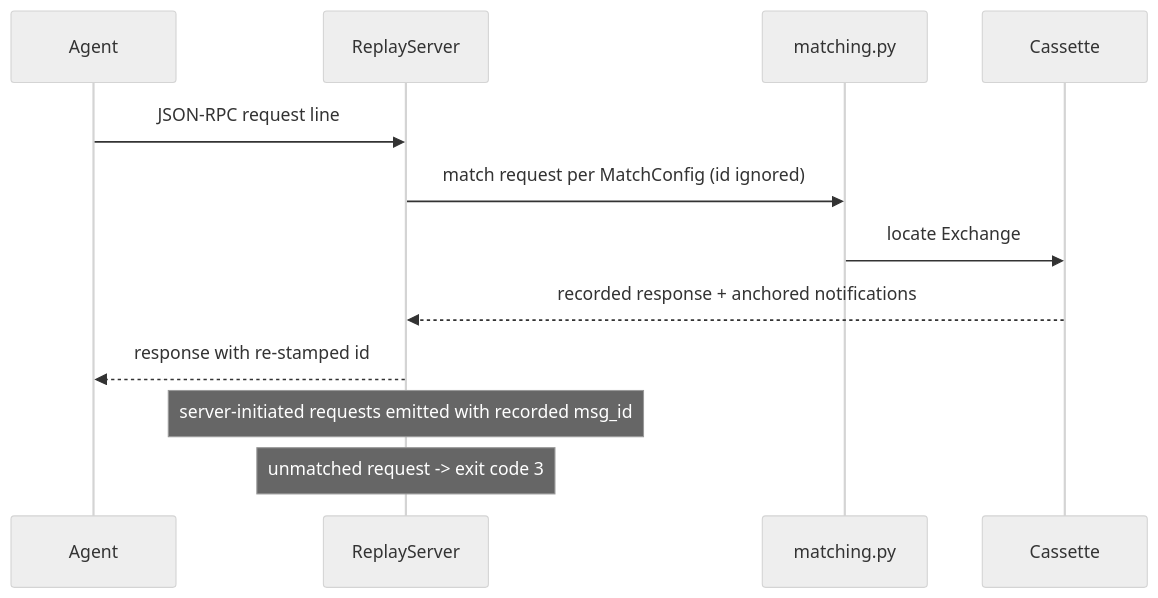
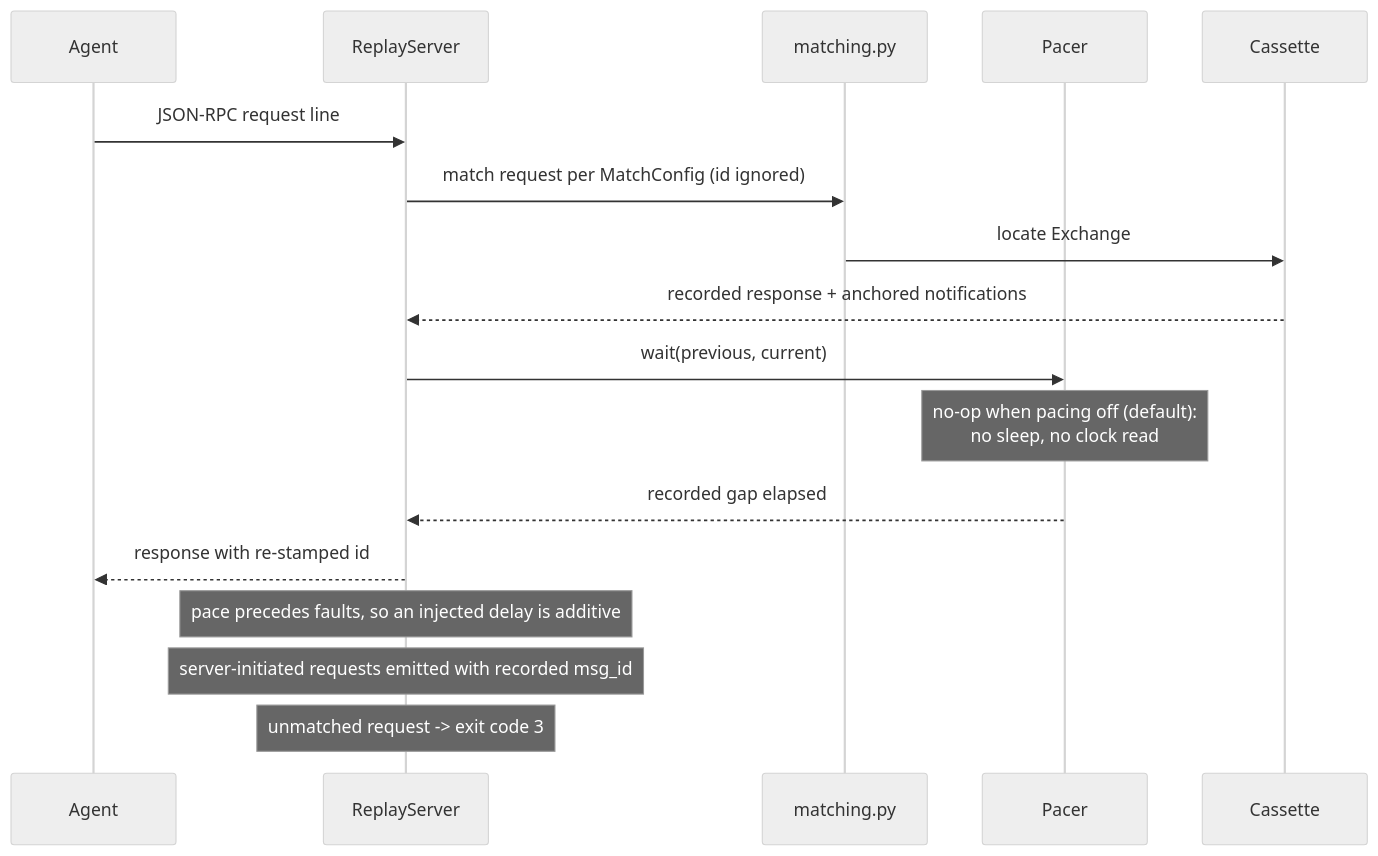
The fourth of 5 diagrams in .agents_workspace/ARCHITECTURE.md (cheneeheng/mcp-cassette), drawn with Mermaid (neutral theme) before and after one commit. The commit also changed other lines of this file, not shown here.

First line of the commit message:
docs(architecture): bring the living picture up to v0.3.0

````diff
--- a/.agents_workspace/ARCHITECTURE.md
+++ b/.agents_workspace/ARCHITECTURE.md
@@ -81,14 +100,19 @@
 ```mermaid
 sequenceDiagram
     participant A as Agent
     participant V as ReplayServer
     participant M as matching.py
+    participant P as Pacer
     participant C as Cassette
     A->>V: JSON-RPC request line
     V->>M: match request per MatchConfig (id ignored)
     M->>C: locate Exchange
     C-->>V: recorded response + anchored notifications
+    V->>P: wait(previous, current)
+    Note over P: no-op when pacing off (default):<br/>no sleep, no clock read
+    P-->>V: recorded gap elapsed
     V-->>A: response with re-stamped id
+    Note over V: pace precedes faults, so an injected delay is additive
     Note over V: server-initiated requests emitted with recorded msg_id
     Note over V: unmatched request -> exit code 3
 ```
````
